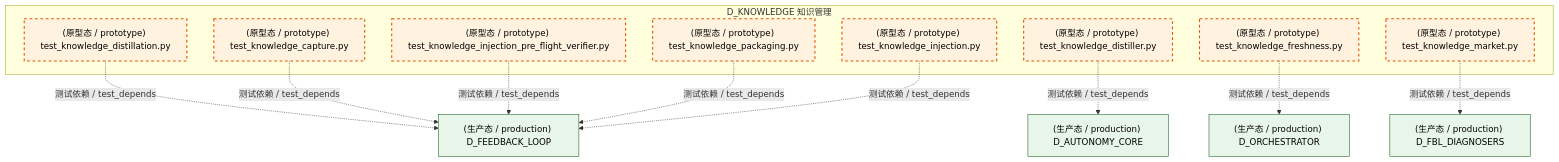
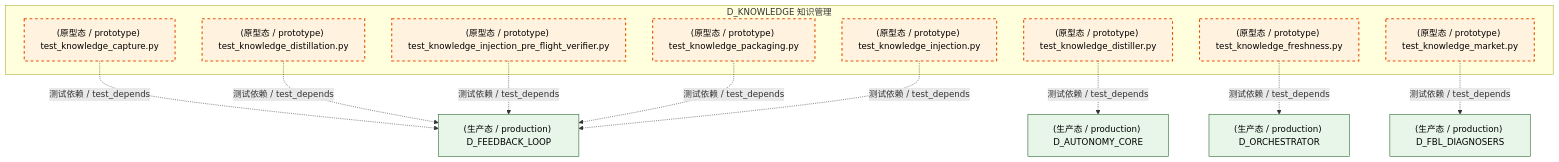
The second of 5 diagrams in docs/02_enterprise_architecture/02_domain_architecture_docs/48_d_knowledge.md (xuanFelixVan/ZephyrAlpha), drawn with Mermaid before and after one commit. The commit also changed other lines of this file and 126 other files, not shown here.

````diff
--- a/docs/02_enterprise_architecture/02_domain_architecture_docs/48_d_knowledge.md
+++ b/docs/02_enterprise_architecture/02_domain_architecture_docs/48_d_knowledge.md
@@ -174,31 +174,31 @@
 ```mermaid
 graph TD
     subgraph D_KNOWLEDGE["D_KNOWLEDGE 知识管理"]
         tests_knowledge_engine_test_knowledge_capture_py["(原型态 / prototype) test_knowledge_capture.py"]
         tests_knowledge_engine_test_knowledge_distillation_py["(原型态 / prototype) test_knowledge_distillation.py"]
         tests_knowledge_engine_test_knowledge_distiller_py["(原型态 / prototype) test_knowledge_distiller.py"]
         tests_knowledge_engine_test_knowledge_freshness_py["(原型态 / prototype) test_knowledge_freshness.py"]
         tests_knowledge_engine_test_knowledge_injection_py["(原型态 / prototype) test_knowledge_injection.py"]
         tests_knowledge_engine_test_knowledge_injection_pre_flight_verifier_py["(原型态 / prototype) test_knowledge_injection_pre_flight_verifier.py"]
         tests_knowledge_engine_test_knowledge_market_py["(原型态 / prototype) test_knowledge_market.py"]
         tests_knowledge_engine_test_knowledge_packaging_py["(原型态 / prototype) test_knowledge_packaging.py"]
     end
-    D_FEEDBACK_LOOP["(生产态 / production) D_FEEDBACK_LOOP"]
-    tests_knowledge_engine_test_knowledge_distillation_py -.->|测试依赖 / test_depends| D_FEEDBACK_LOOP
     D_AUTONOMY_CORE["(生产态 / production) D_AUTONOMY_CORE"]
     tests_knowledge_engine_test_knowledge_distiller_py -.->|测试依赖 / test_depends| D_AUTONOMY_CORE
+    D_FEEDBACK_LOOP["(生产态 / production) D_FEEDBACK_LOOP"]
     tests_knowledge_engine_test_knowledge_capture_py -.->|测试依赖 / test_depends| D_FEEDBACK_LOOP
+    tests_knowledge_engine_test_knowledge_distillation_py -.->|测试依赖 / test_depends| D_FEEDBACK_LOOP
     D_FBL_DIAGNOSERS["(生产态 / production) D_FBL_DIAGNOSERS"]
     tests_knowledge_engine_test_knowledge_market_py -.->|测试依赖 / test_depends| D_FBL_DIAGNOSERS
     tests_knowledge_engine_test_knowledge_injection_pre_flight_verifier_py -.->|测试依赖 / test_depends| D_FEEDBACK_LOOP
     tests_knowledge_engine_test_knowledge_packaging_py -.->|测试依赖 / test_depends| D_FEEDBACK_LOOP
     tests_knowledge_engine_test_knowledge_injection_py -.->|测试依赖 / test_depends| D_FEEDBACK_LOOP
     D_ORCHESTRATOR["(生产态 / production) D_ORCHESTRATOR"]
     tests_knowledge_engine_test_knowledge_freshness_py -.->|测试依赖 / test_depends| D_ORCHESTRATOR
     classDef production fill:#e1f5fe,stroke:#01579b,stroke-width:2px,color:#000
     classDef design fill:#fff3e0,stroke:#e65100,stroke-width:2px,color:#000,stroke-dasharray: 5 5
     classDef external_prod fill:#e8f5e9,stroke:#1b5e20,stroke-width:1px,color:#000
     classDef external_design fill:#fce4ec,stroke:#880e4f,stroke-width:1px,color:#000,stroke-dasharray: 5 5
     class tests_knowledge_engine_test_knowledge_capture_py,tests_knowledge_engine_test_knowledge_distillation_py,tests_knowledge_engine_test_knowledge_distiller_py,tests_knowledge_engine_test_knowledge_freshness_py,tests_knowledge_engine_test_knowledge_injection_py,tests_knowledge_engine_test_knowledge_injection_pre_flight_verifier_py,tests_knowledge_engine_test_knowledge_market_py,tests_knowledge_engine_test_knowledge_packaging_py design
-    class D_FEEDBACK_LOOP,D_AUTONOMY_CORE,D_FBL_DIAGNOSERS,D_ORCHESTRATOR external_prod
+    class D_AUTONOMY_CORE,D_FEEDBACK_LOOP,D_FBL_DIAGNOSERS,D_ORCHESTRATOR external_prod
 ```
````
